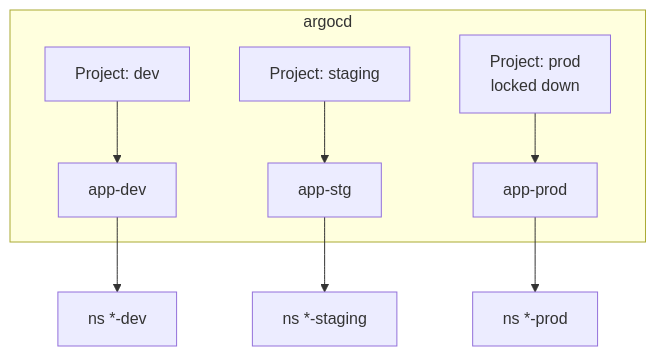
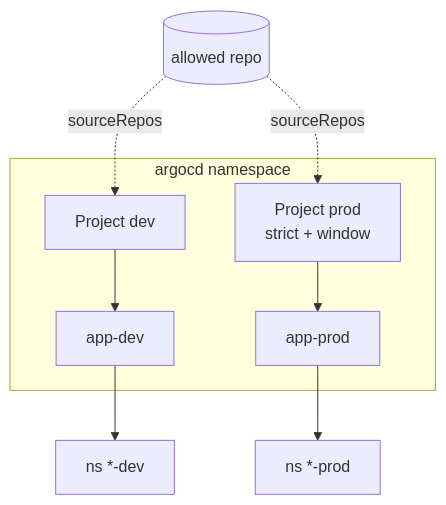
The diagram in 03_projects/README.md (Srihariops/argocd-gitops-complete), drawn with Mermaid before and after one commit. The commit also changed other lines of this file and 206 other files, not shown here.

````diff
--- a/03_projects/README.md
+++ b/03_projects/README.md
@@ -16,11 +12,11 @@
 ```mermaid
 flowchart TB
-  subgraph argocd
-    P1[Project: dev] --> A1[app-dev]
-    P2[Project: staging] --> A2[app-stg]
-    P3[Project: prod<br/>locked down] --> A3[app-prod]
+  subgraph argocd namespace
+    PD[Project dev] --> AD[app-dev]
+    PP[Project prod<br/>strict + window] --> AP[app-prod]
   end
-  A1 --> N1[ns *-dev]
-  A2 --> N2[ns *-staging]
-  A3 --> N3[ns *-prod]
+  AD --> ND[ns *-dev]
+  AP --> NP[ns *-prod]
+  Repo[(allowed repo)] -.sourceRepos.-> PD
+  Repo -.sourceRepos.-> PP
 ```
````
